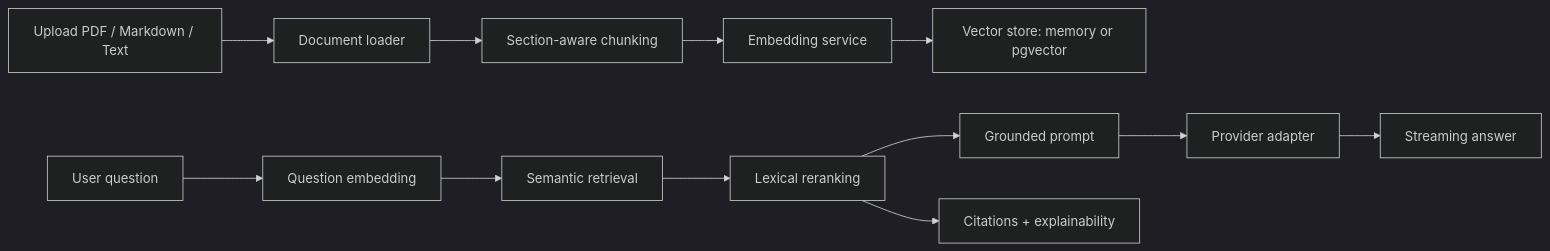
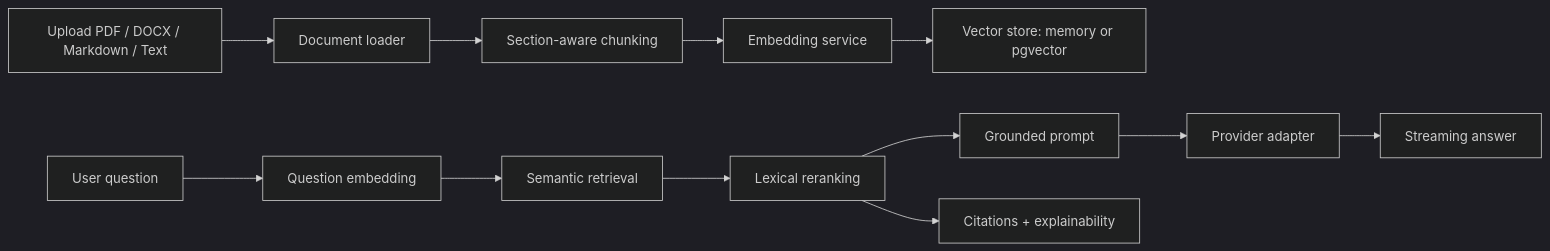
Before and after one commit to Suraj1812/Vacati-Intelligence-Console: the diagram in docs/ARCHITECTURE.md, drawn with Mermaid (dark theme). The commit also changed other lines of this file and 19 other files, not shown here.

````diff
--- a/docs/ARCHITECTURE.md
+++ b/docs/ARCHITECTURE.md
@@ -55,14 +55,14 @@
 ```mermaid
 flowchart LR
-  A["Upload PDF / Markdown / Text"] --> B["Document loader"]
+  A["Upload PDF / DOCX / Markdown / Text"] --> B["Document loader"]
   B --> C["Section-aware chunking"]
   C --> D["Embedding service"]
   D --> E["Vector store: memory or pgvector"]
   F["User question"] --> G["Question embedding"]
   G --> H["Semantic retrieval"]
   H --> I["Lexical reranking"]
   I --> J["Grounded prompt"]
   J --> K["Provider adapter"]
   K --> L["Streaming answer"]
   I --> M["Citations + explainability"]
 ```
````
